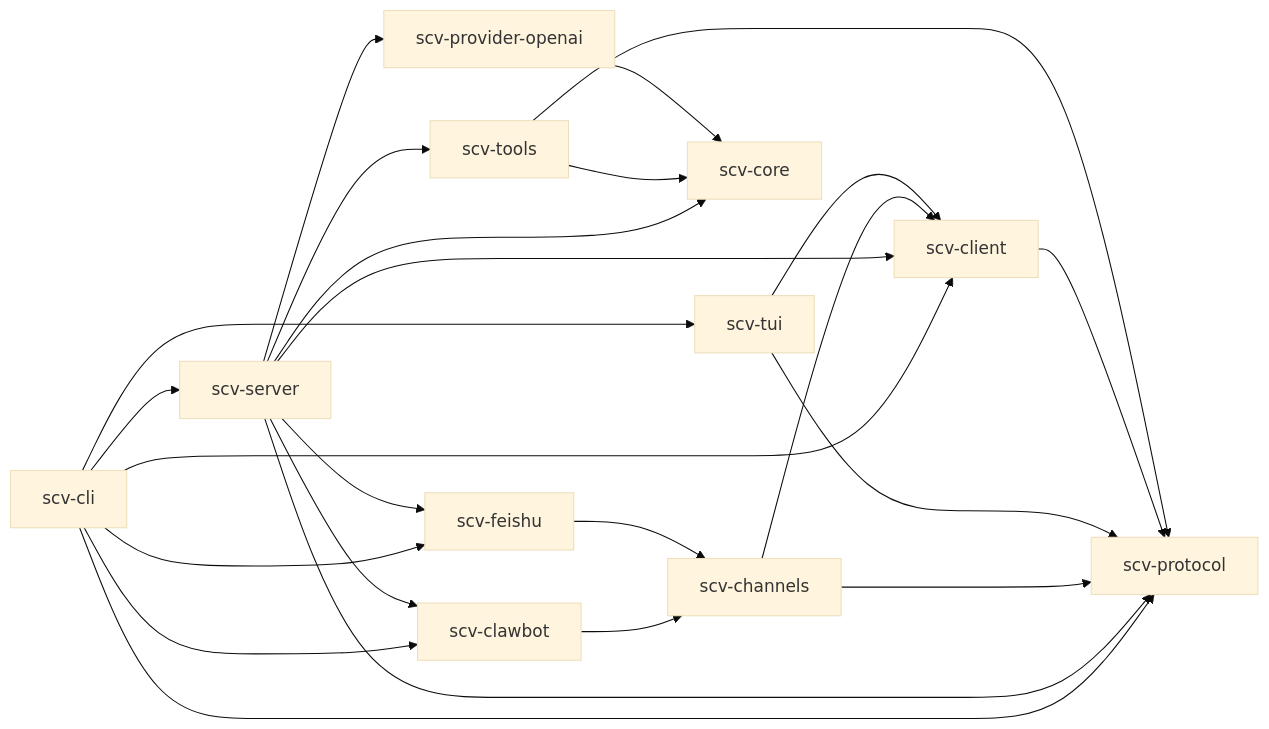
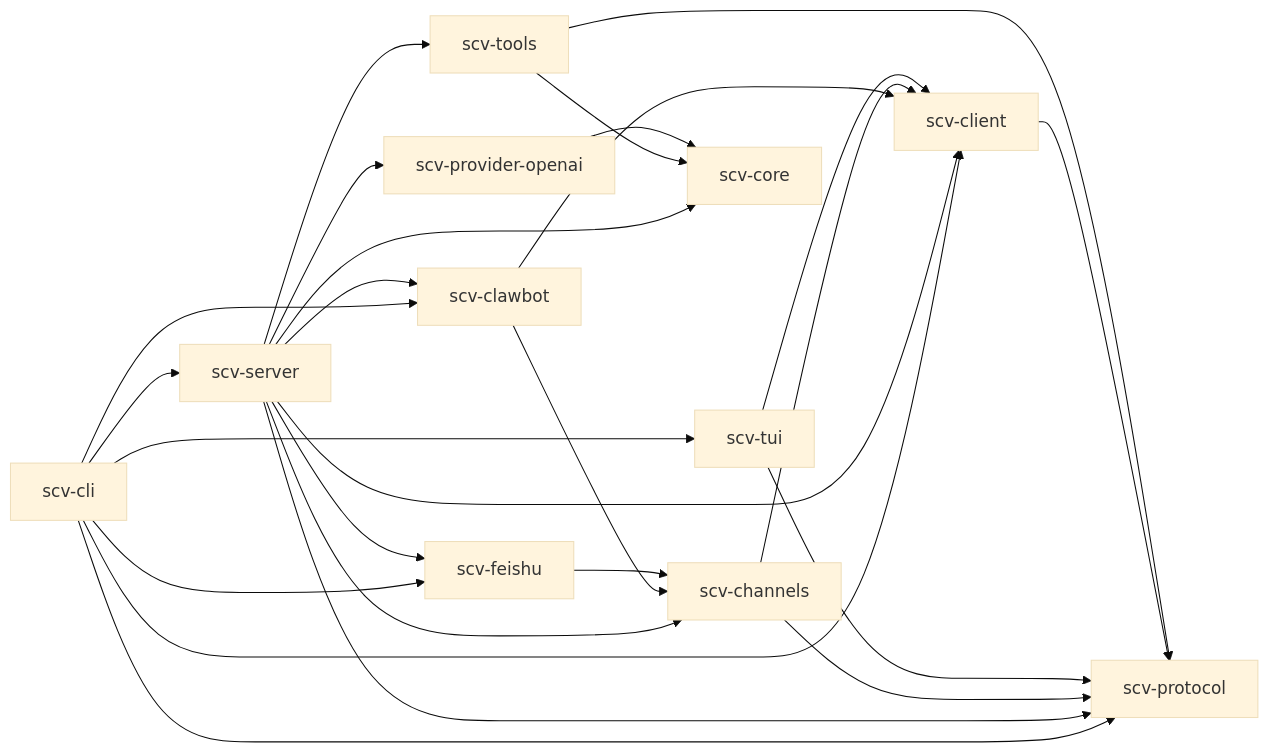
One commit to PeiyuanQi/scv changed the diagram in docs/architecture.md. Above: the diagram before and after it, drawn with Mermaid (base theme). The commit also changed other lines of this file and 52 other files, not shown here.

````diff
--- a/docs/architecture.md
+++ b/docs/architecture.md
@@ -15,26 +15,28 @@
 ```mermaid
 flowchart LR
     cli["scv-cli"] --> server["scv-server"]
     cli --> tui["scv-tui"]
     cli --> clawbot["scv-clawbot"]
     cli --> feishu["scv-feishu"]
     cli --> client["scv-client"]
     cli --> protocol["scv-protocol"]
     server --> clawbot
     server --> feishu
+    server --> channels["scv-channels"]
     server --> client
     server --> protocol
     server --> core["scv-core"]
     server --> tools["scv-tools"]
     server --> provider["scv-provider-openai"]
-    clawbot --> channels["scv-channels"]
+    clawbot --> channels
+    clawbot --> client
     feishu --> channels
     channels --> client
     channels --> protocol
     tui --> client
     tui --> protocol
     client --> protocol
     tools --> core
     tools --> protocol
     provider --> core
 ```
````
